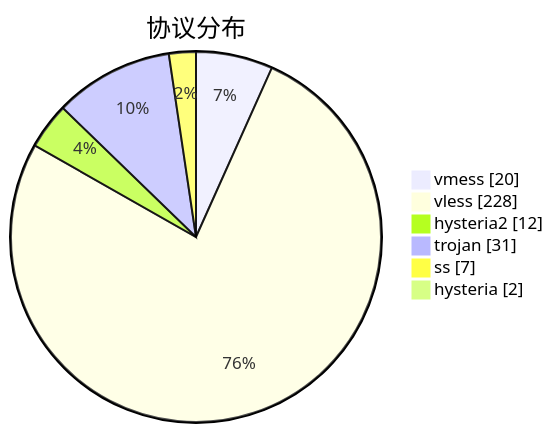
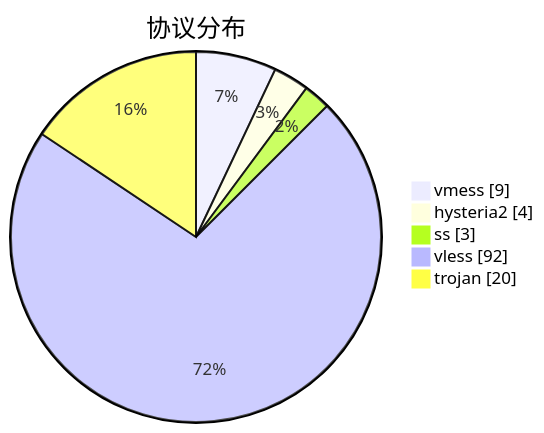
One commit to sinspired/airport changed the third of 3 diagrams in subs/statistics/tested_within.md. Above: the diagram before and after it, drawn with Mermaid. The commit also changed other lines of this file and 2 other files, not shown here.

````diff
--- a/subs/statistics/tested_within.md
+++ b/subs/statistics/tested_within.md
@@ -37,10 +30,9 @@
 ```mermaid
 pie showData
 title 协议分布
-"vmess" : 20
-"vless" : 228
-"hysteria2" : 12
-"trojan" : 31
-"ss" : 7
-"hysteria" : 2
+"vmess" : 9
+"hysteria2" : 4
+"ss" : 3
+"vless" : 92
+"trojan" : 20
 ```
````
